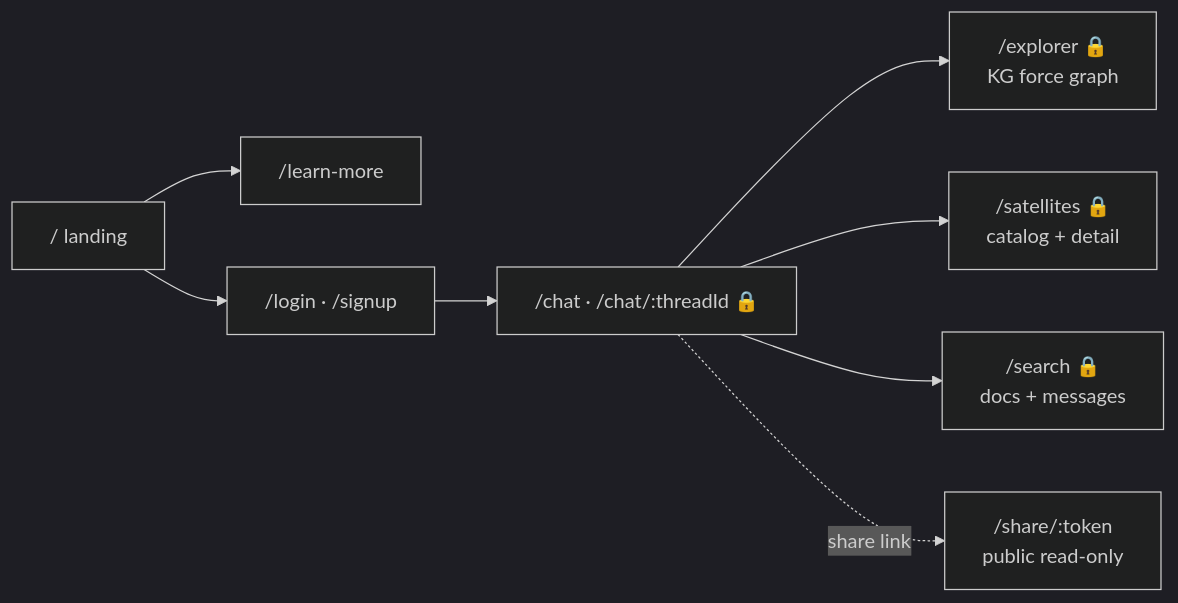
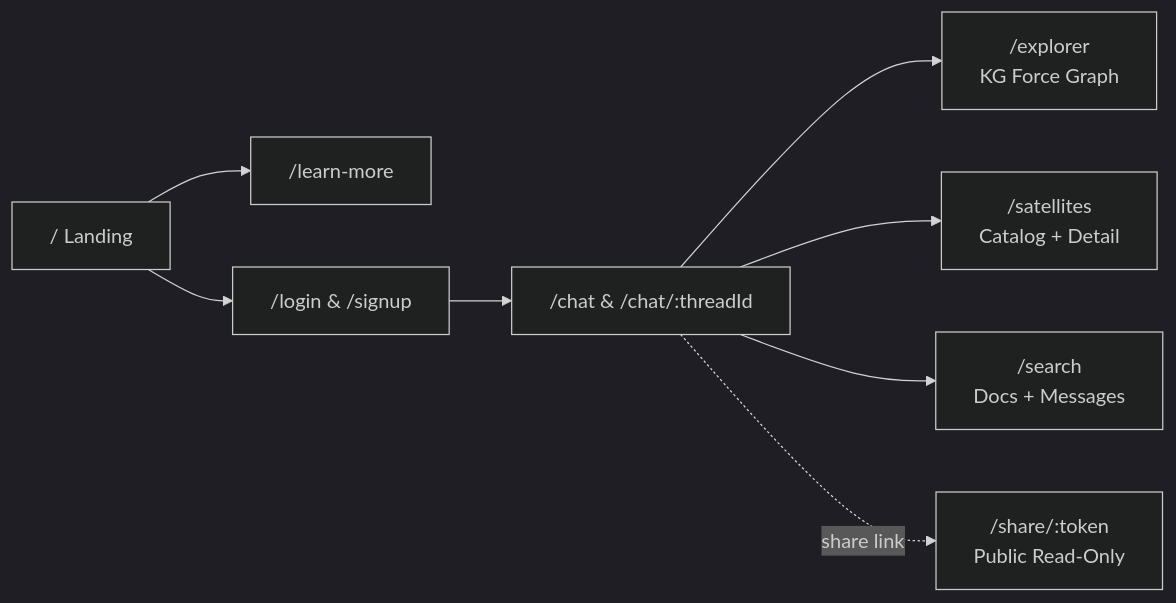
The diagram in README.md (a6hinandh/isro_project), drawn with Mermaid (dark theme) before and after one commit. The commit also changed other lines of this file and 32 other files, not shown here.

````diff
--- a/README.md
+++ b/README.md
@@ -15,10 +136,10 @@
 ```mermaid
 flowchart LR
-    L["/ landing"] --> LM["/learn-more"]
-    L --> LOGIN["/login · /signup"]
-    LOGIN --> C["/chat · /chat/:threadId 🔒"]
-    C --> E["/explorer 🔒<br/>KG force graph"]
-    C --> S["/satellites 🔒<br/>catalog + detail"]
-    C --> SE["/search 🔒<br/>docs + messages"]
-    C -. share link .-> SH["/share/:token<br/>public read-only"]
+    L["/ Landing"] --> LM["/learn-more"]
+    L --> LOGIN["/login & /signup"]
+    LOGIN --> C["/chat & /chat/:threadId"]
+    C --> E["/explorer<br/>KG Force Graph"]
+    C --> S["/satellites<br/>Catalog + Detail"]
+    C --> SE["/search<br/>Docs + Messages"]
+    C -. share link .-> SH["/share/:token<br/>Public Read-Only"]
 ```
````
